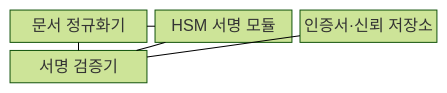
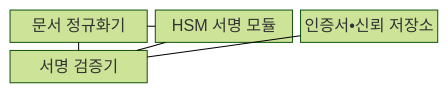
Before and after one commit to agnusdei1207/knowledge-base: the first of 2 diagrams in src/content/docs/notes/05-security/006_digital_signature.md, drawn with Mermaid (forest theme). The commit also changed other lines of this file and 953 other files, not shown here.

````diff
--- a/src/content/docs/notes/05-security/006_digital_signature.md
+++ b/src/content/docs/notes/05-security/006_digital_signature.md
@@ -67,12 +67,12 @@
 ```mermaid
 block-beta
     columns 3
     C["문서 정규화기"]
     H["HSM 서명 모듈"]
-    T["인증서·신뢰 저장소"]
+    T["인증서•신뢰 저장소"]
     V["서명 검증기"]
     C --- H
     C --- V
     H --- V
     T --- V
 ```
````
